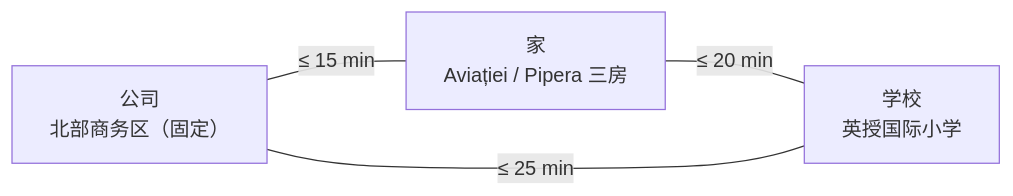
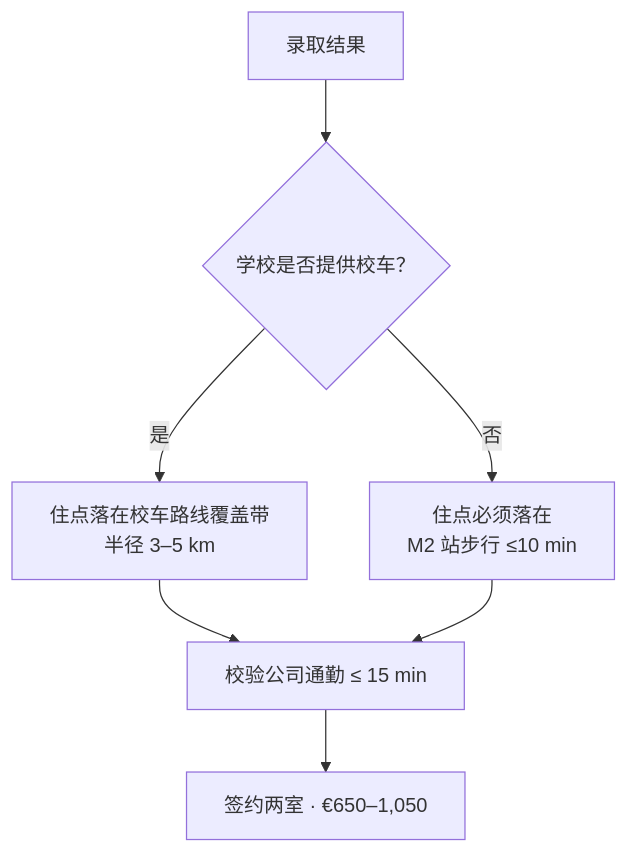
Before and after one commit to anchem/anchem.github.io: the diagram in docs/growthtree/timeline/phase3/study-and-live-abroad-planning.md, drawn with Mermaid. The commit also changed other lines of this file, not shown here.

````diff
--- a/docs/growthtree/timeline/phase3/study-and-live-abroad-planning.md
+++ b/docs/growthtree/timeline/phase3/study-and-live-abroad-planning.md
@@ -78,6 +98,9 @@
 ```mermaid
-flowchart LR
-    A["公司<br/>北部商务区（固定）"] ---|"≤ 15 min"| B["家<br/>Aviației / Pipera 三房"]
-    B ---|"≤ 20 min"| C["学校<br/>英授国际小学"]
-    C ---|"≤ 25 min"| A
+flowchart TD
+    A["录取结果"] --> B{"学校是否提供校车？"}
+    B -->|"是"| C["住点落在校车路线覆盖带<br/>半径 3–5 km"]
+    B -->|"否"| D["住点必须落在<br/>M2 站步行 ≤10 min"]
+    C --> E["校验公司通勤 ≤ 15 min"]
+    D --> E
+    E --> F["签约两室 · €650–1,050"]
 ```
````
